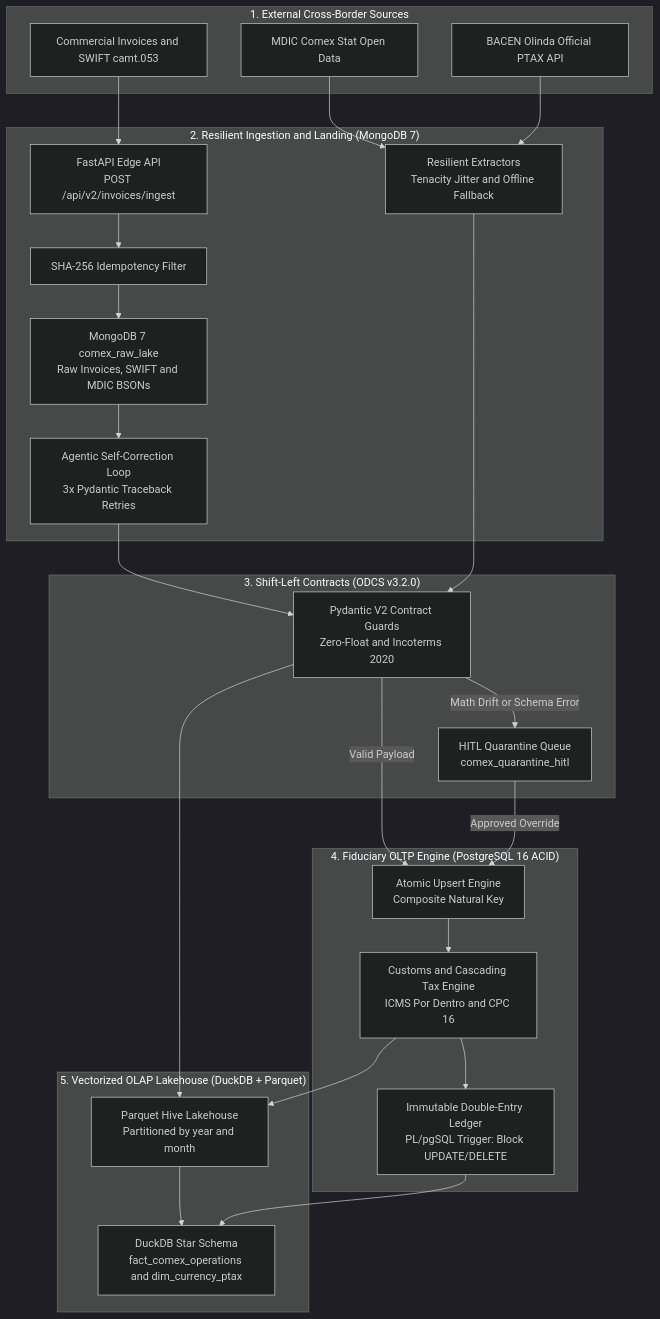
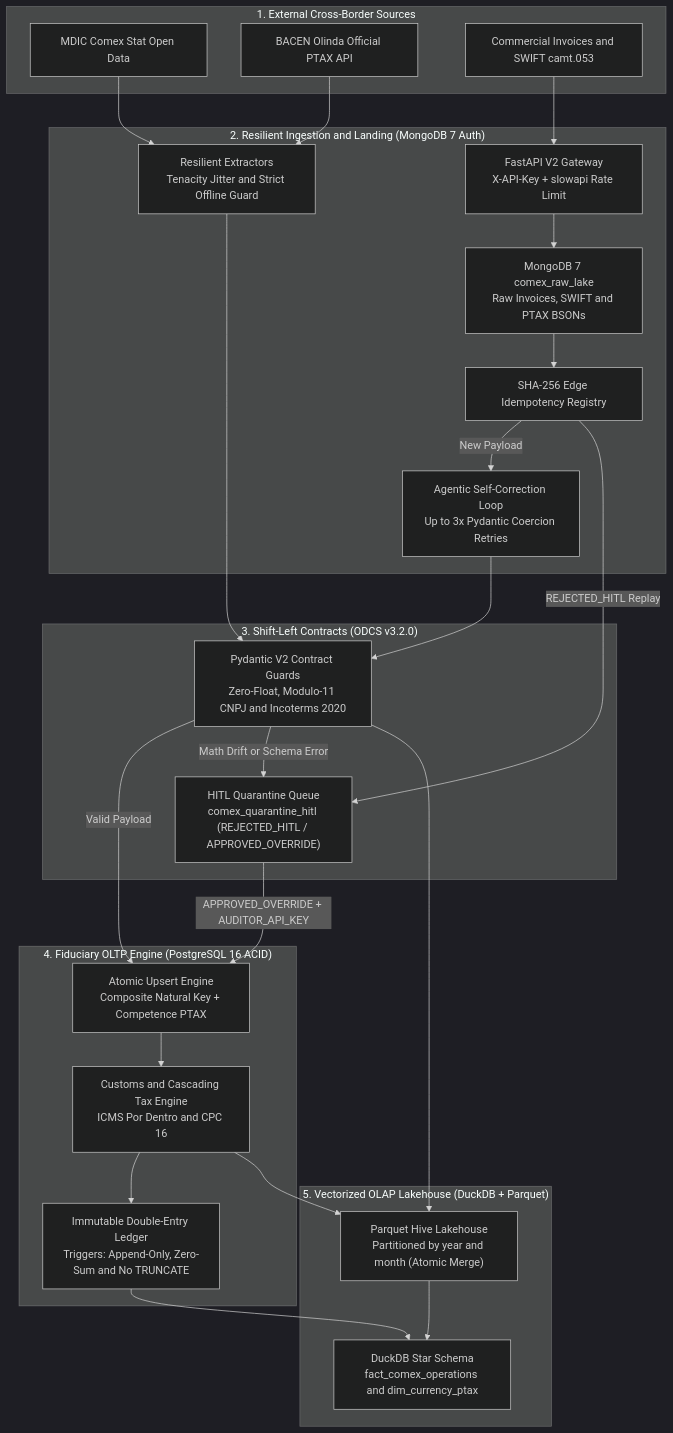
Before and after one commit to hugoargerio-glitch/Comex-Data-Engine-V2: the diagram in README.md, drawn with Mermaid (dark theme). The commit also changed other lines of this file and 14 other files, not shown here.

````diff
--- a/README.md
+++ b/README.md
@@ -39,50 +38,51 @@
 ```mermaid
 flowchart TD
     subgraph Sources["1. External Cross-Border Sources"]
         S1["MDIC Comex Stat Open Data"]
         S2["BACEN Olinda Official PTAX API"]
         S3["Commercial Invoices and SWIFT camt.053"]
     end
 
-    subgraph Ingestion["2. Resilient Ingestion and Landing (MongoDB 7)"]
-        ING["Resilient Extractors<br/>Tenacity Jitter and Offline Fallback"]
-        API["FastAPI Edge API<br/>POST /api/v2/invoices/ingest"]
-        SHA["SHA-256 Idempotency Filter"]
-        MGO["MongoDB 7 comex_raw_lake<br/>Raw Invoices, SWIFT and MDIC BSONs"]
-        LOOP["Agentic Self-Correction Loop<br/>3x Pydantic Traceback Retries"]
+    subgraph Ingestion["2. Resilient Ingestion and Landing (MongoDB 7 Auth)"]
+        ING["Resilient Extractors<br/>Tenacity Jitter and Strict Offline Guard"]
+        API["FastAPI V2 Gateway<br/>X-API-Key + slowapi Rate Limit"]
+        SHA["SHA-256 Edge Idempotency Registry"]
+        MGO["MongoDB 7 comex_raw_lake<br/>Raw Invoices, SWIFT and PTAX BSONs"]
+        LOOP["Agentic Self-Correction Loop<br/>Up to 3x Pydantic Coercion Retries"]
     end
 
     subgraph Validation["3. Shift-Left Contracts (ODCS v3.2.0)"]
-        PYD["Pydantic V2 Contract Guards<br/>Zero-Float and Incoterms 2020"]
-        HITL["HITL Quarantine Queue<br/>comex_quarantine_hitl"]
+        PYD["Pydantic V2 Contract Guards<br/>Zero-Float, Modulo-11 CNPJ and Incoterms 2020"]
+        HITL["HITL Quarantine Queue<br/>comex_quarantine_hitl (REJECTED_HITL / APPROVED_OVERRIDE)"]
     end
 
     subgraph Fiduciary["4. Fiduciary OLTP Engine (PostgreSQL 16 ACID)"]
-        UPS["Atomic Upsert Engine<br/>Composite Natural Key"]
+        UPS["Atomic Upsert Engine<br/>Composite Natural Key + Competence PTAX"]
         TAX["Customs and Cascading Tax Engine<br/>ICMS Por Dentro and CPC 16"]
-        LED["Immutable Double-Entry Ledger<br/>PL/pgSQL Trigger: Block UPDATE/DELETE"]
+        LED["Immutable Double-Entry Ledger<br/>Triggers: Append-Only, Zero-Sum and No TRUNCATE"]
     end
 
     subgraph Analytics["5. Vectorized OLAP Lakehouse (DuckDB + Parquet)"]
-        PARQ["Parquet Hive Lakehouse<br/>Partitioned by year and month"]
+        PARQ["Parquet Hive Lakehouse<br/>Partitioned by year and month (Atomic Merge)"]
         DUCK["DuckDB Star Schema<br/>fact_comex_operations and dim_currency_ptax"]
     end
 
     S1 --> ING
     S2 --> ING
     S3 --> API
-    API --> SHA
-    SHA --> MGO
-    MGO --> LOOP
+    API --> MGO
+    MGO --> SHA
+    SHA -->|New Payload| LOOP
+    SHA -->|REJECTED_HITL Replay| HITL
     LOOP --> PYD
     ING --> PYD
     PYD -->|Valid Payload| UPS
     PYD -->|Math Drift or Schema Error| HITL
-    HITL -->|Approved Override| UPS
+    HITL -->|APPROVED_OVERRIDE + AUDITOR_API_KEY| UPS
     UPS --> TAX
     TAX --> LED
     PYD --> PARQ
     TAX --> PARQ
     PARQ --> DUCK
     LED --> DUCK
 ```
````
